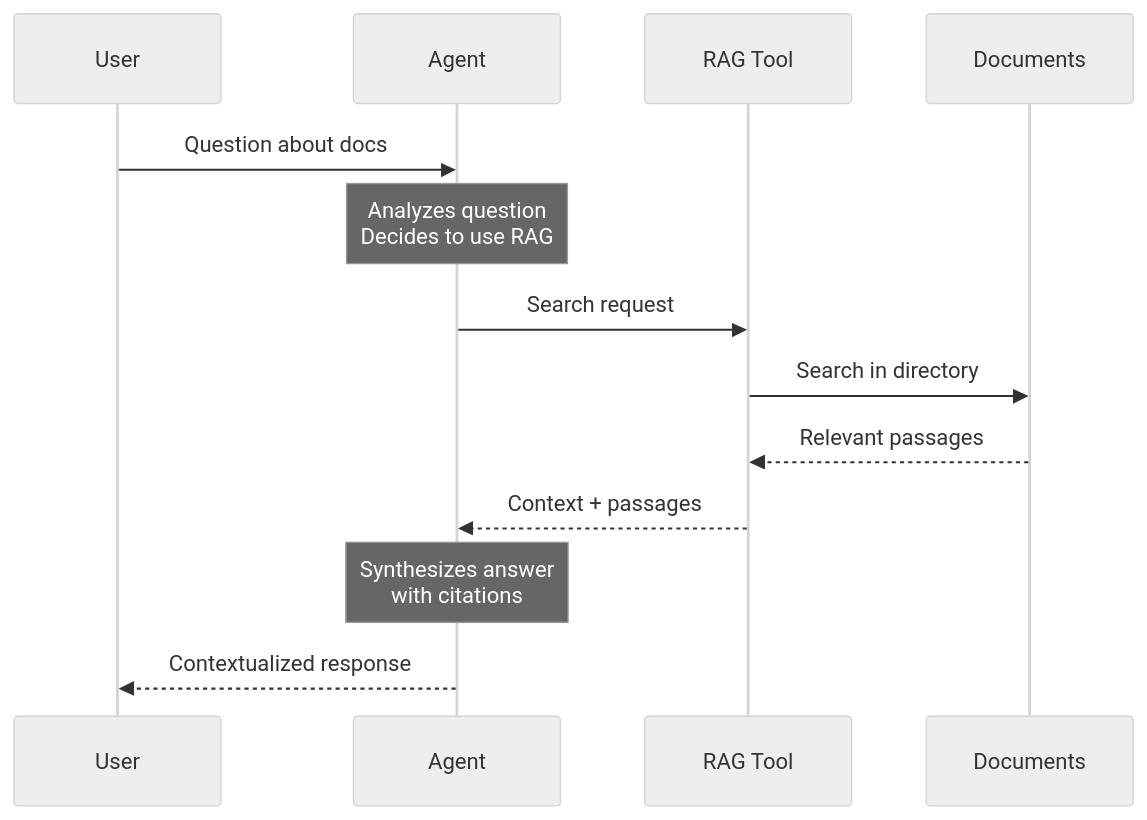
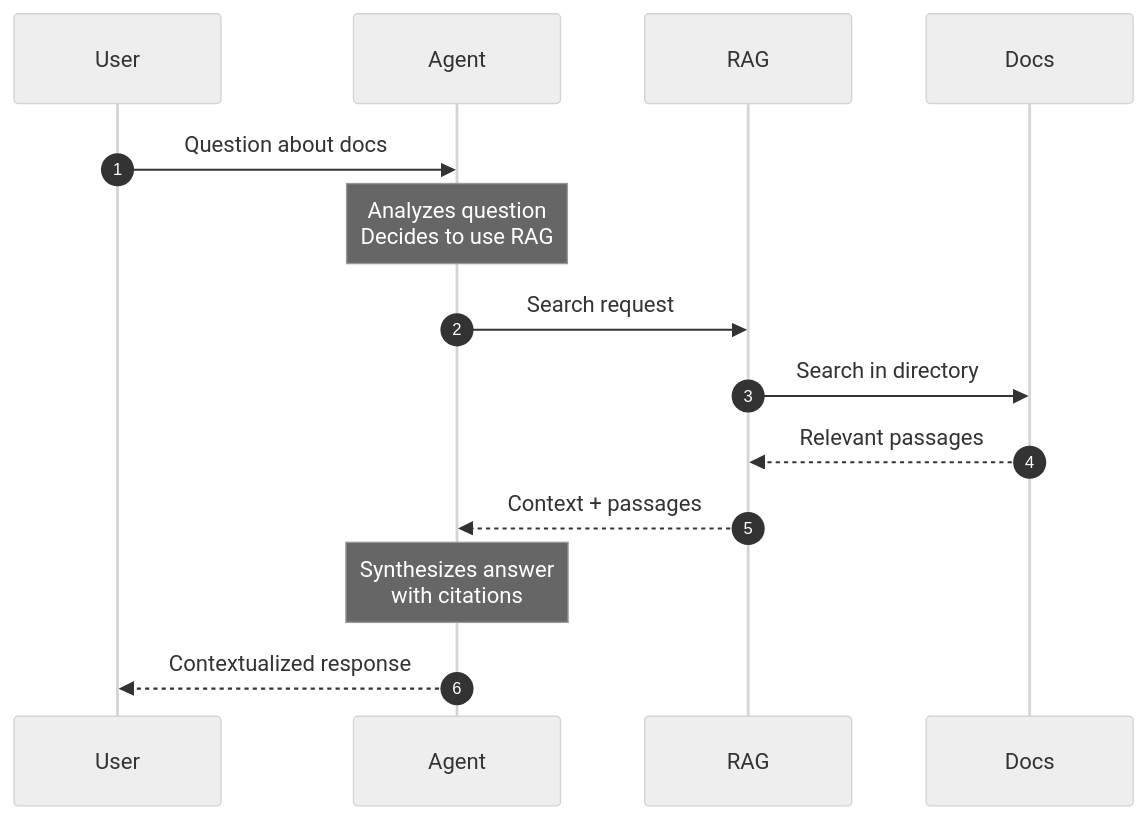
The third of 3 diagrams in inst/blog/agents.qmd (cynkra/ragent), drawn with Mermaid (neutral theme) before and after one commit. The commit also changed other lines of this file and 2 other files, not shown here.

````diff
--- a/inst/blog/agents.qmd
+++ b/inst/blog/agents.qmd
@@ -147,16 +156,17 @@
 ```{mermaid}
 sequenceDiagram
+    autonumber
     participant User
     participant Agent
-    participant RAG Tool
-    participant Documents
+    participant RAG
+    participant Docs
 
     User->>Agent: Question about docs
     Note over Agent: Analyzes question<br/>Decides to use RAG
-    Agent->>RAG Tool: Search request
-    RAG Tool->>Documents: Search in directory
-    Documents-->>RAG Tool: Relevant passages
-    RAG Tool-->>Agent: Context + passages
+    Agent->>RAG: Search request
+    RAG->>Docs: Search in directory
+    Docs-->>RAG: Relevant passages
+    RAG-->>Agent: Context + passages
     Note over Agent: Synthesizes answer<br/>with citations
     Agent-->>User: Contextualized response
 ```
````
